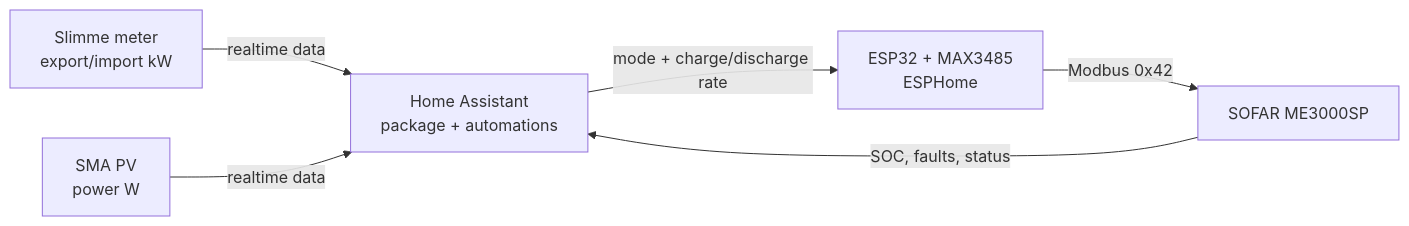
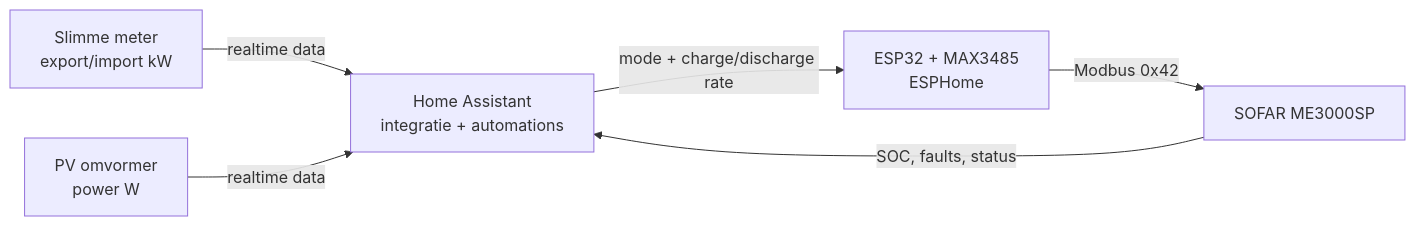
One commit to 2technology/sofar-me3000sp-homeassistant changed the diagram in README.md. Above: the diagram before and after it, drawn with Mermaid. The commit also changed other lines of this file, not shown here.

````diff
--- a/README.md
+++ b/README.md
@@ -49,12 +49,12 @@
 ```mermaid
 flowchart LR
     SM["Slimme meter
-    export/import kW"] -->|"realtime data"| HA["Home Assistant
-    package + automations"]
-    SMA["SMA PV
-    power W"] -->|"realtime data"| HA
-    HA -->|"mode + charge/discharge rate"| ESP["ESP32 + MAX3485
+    export/import kW"] -->|realtime data| HA["Home Assistant
+    integratie + automations"]
+    SMA["PV omvormer
+    power W"] -->|realtime data| HA
+    HA -->|mode + charge/discharge rate| ESP["ESP32 + MAX3485
     ESPHome"]
-    ESP -->|"Modbus 0x42"| SOFAR["SOFAR ME3000SP"]
-    SOFAR -->|"SOC, faults, status"| HA
+    ESP -->|Modbus 0x42| SOFAR["SOFAR ME3000SP"]
+    SOFAR -->|SOC, faults, status| HA
 ```
````
